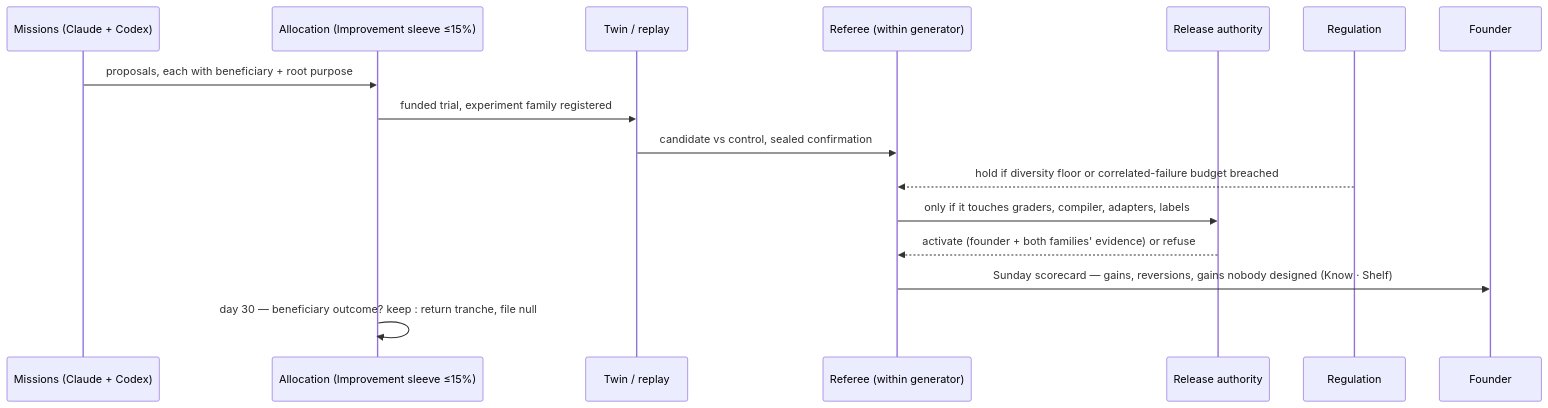
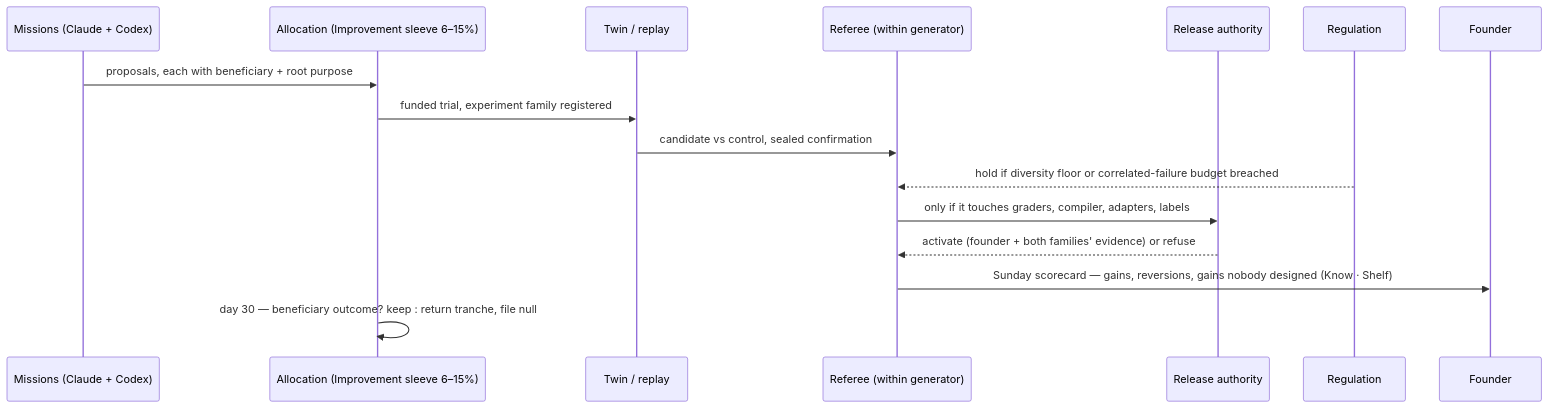
The fourth of 4 diagrams in docs/vision-v3/09b-ECONOMICS-EVALS-SIM-IMPROVEMENT.md (Adam077K/agentvibe), drawn with Mermaid before and after one commit. The commit also changed other lines of this file and 33 other files, not shown here.

````diff
--- a/docs/vision-v3/09b-ECONOMICS-EVALS-SIM-IMPROVEMENT.md
+++ b/docs/vision-v3/09b-ECONOMICS-EVALS-SIM-IMPROVEMENT.md
@@ -865,18 +1025,18 @@
 ```mermaid
 sequenceDiagram
   participant W as Missions (Claude + Codex)
-  participant AL as Allocation (Improvement sleeve ≤15%)
+  participant AL as Allocation (Improvement sleeve 6–15%)
   participant T as Twin / replay
   participant R as Referee (within generator)
   participant RA as Release authority
   participant G as Regulation
   participant F as Founder
   W->>AL: proposals, each with beneficiary + root purpose
   AL->>T: funded trial, experiment family registered
   T->>R: candidate vs control, sealed confirmation
   G-->>R: hold if diversity floor or correlated-failure budget breached
   R->>RA: only if it touches graders, compiler, adapters, labels
   RA-->>R: activate (founder + both families' evidence) or refuse
   R->>F: Sunday scorecard — gains, reversions, gains nobody designed (Know · Shelf)
   AL->>AL: day 30 — beneficiary outcome? keep : return tranche, file null
 ```
````
